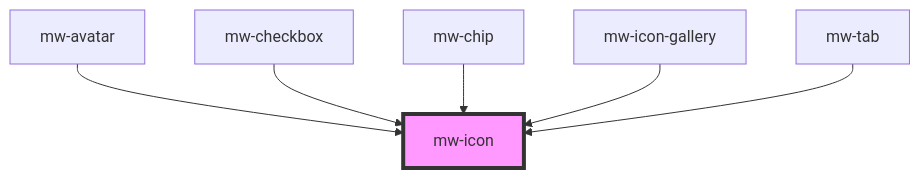
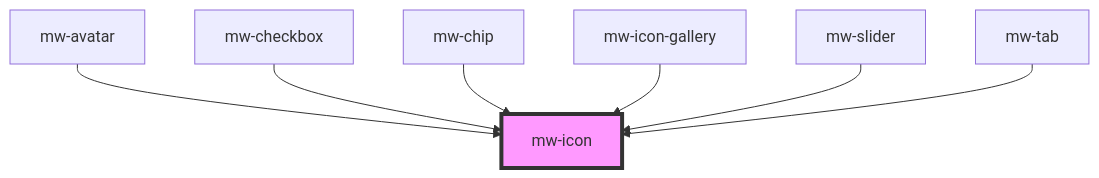
Before and after one commit to MaibornWolff/mwui: the diagram in mwui-stencil/src/components/mw-icon/readme.md, drawn with Mermaid. The commit also changed other lines of this file and 14 other files, not shown here.

````diff
--- a/mwui-stencil/src/components/mw-icon/readme.md
+++ b/mwui-stencil/src/components/mw-icon/readme.md
@@ -30,9 +28,10 @@
 ```mermaid
 graph TD;
   mw-avatar --> mw-icon
   mw-checkbox --> mw-icon
   mw-chip --> mw-icon
   mw-icon-gallery --> mw-icon
+  mw-slider --> mw-icon
   mw-tab --> mw-icon
   style mw-icon fill:#f9f,stroke:#333,stroke-width:4px
 ```
````
